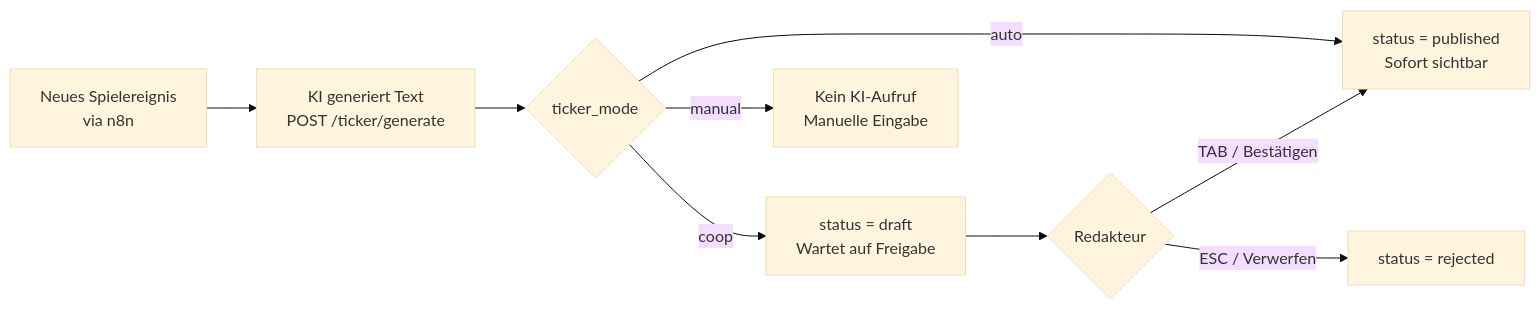
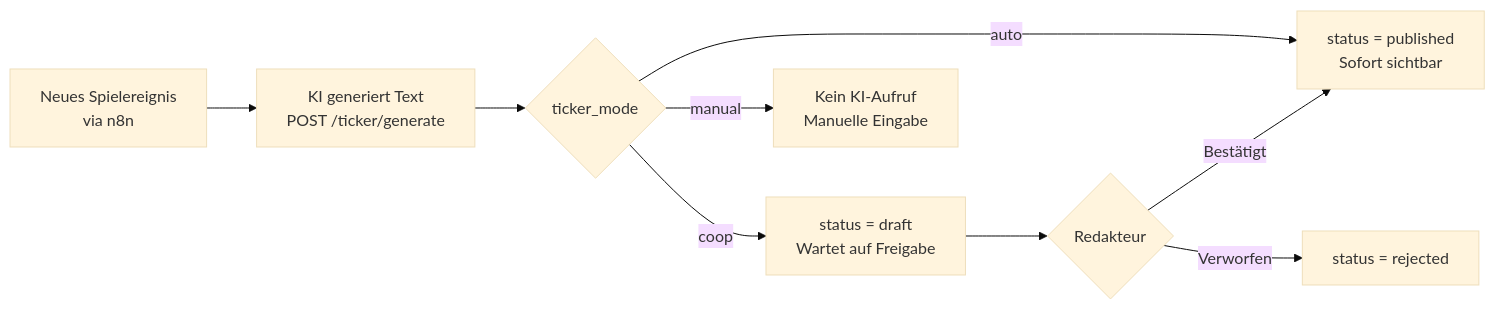
Before and after one commit to JonasKimmer/liveticker-eintracht: the fifth of 8 diagrams in docs/kapitel4_systemkonzeption.md, drawn with Mermaid (base theme). The commit also changed other lines of this file and 7 other files, not shown here.

````diff
--- a/docs/kapitel4_systemkonzeption.md
+++ b/docs/kapitel4_systemkonzeption.md
@@ -287,13 +282,13 @@
 ```mermaid
 flowchart LR
     E[Neues Spielereignis\nvia n8n] --> G[KI generiert Text\nPOST /ticker/generate]
 
     G --> M{ticker_mode}
     M -->|auto| P[status = published\nSofort sichtbar]
     M -->|coop| D[status = draft\nWartet auf Freigabe]
     M -->|manual| X[Kein KI-Aufruf\nManuelle Eingabe]
 
     D --> R{Redakteur}
-    R -->|TAB / Bestätigen| P
-    R -->|ESC / Verwerfen| REJ[status = rejected]
+    R -->|Bestätigt| P
+    R -->|Verworfen| REJ[status = rejected]
 ```
````
